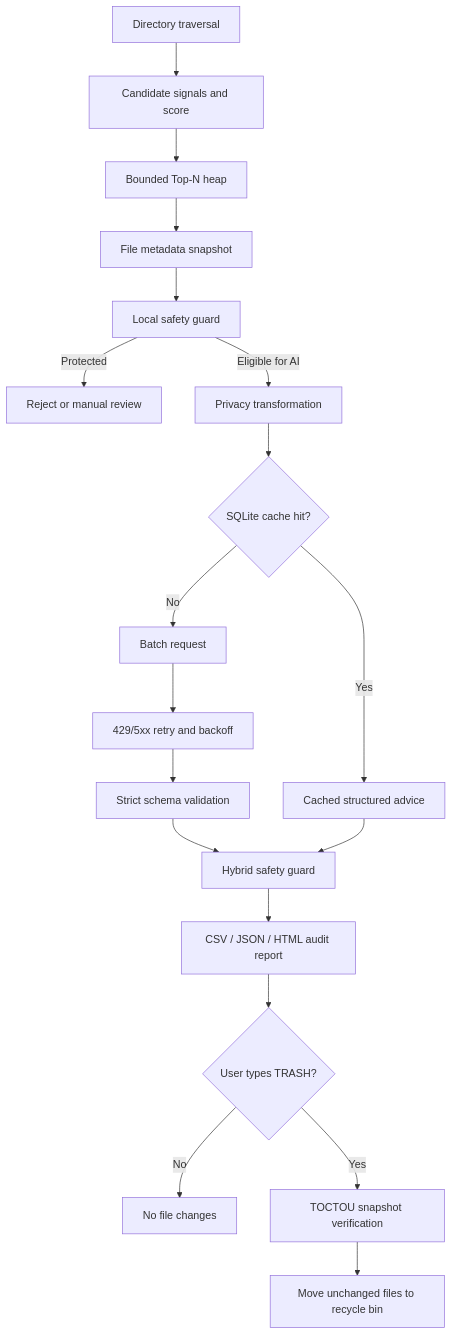
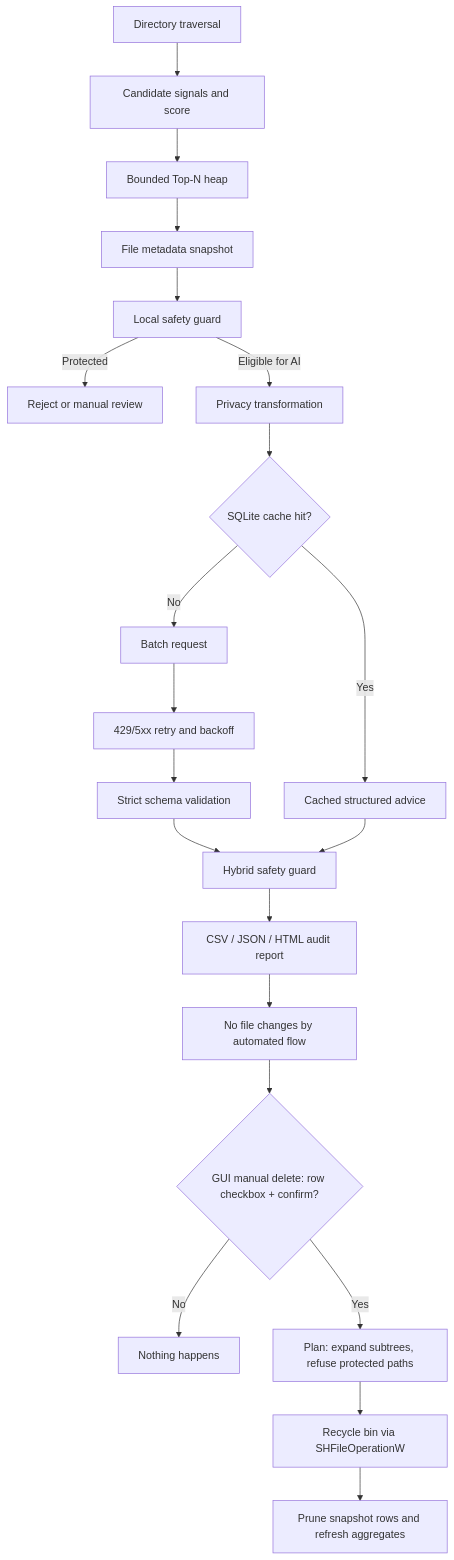
Before and after one commit to Aiymsore/AI-Disk-Assistant: the diagram in docs/architecture.md, drawn with Mermaid. The commit also changed other lines of this file and 20 other files, not shown here.

````diff
--- a/docs/architecture.md
+++ b/docs/architecture.md
@@ -3,21 +3,23 @@
 ```mermaid
 flowchart TD
     A[Directory traversal] --> B[Candidate signals and score]
     B --> C[Bounded Top-N heap]
     C --> D[File metadata snapshot]
     D --> E[Local safety guard]
     E -->|Protected| F[Reject or manual review]
     E -->|Eligible for AI| G[Privacy transformation]
     G --> H{SQLite cache hit?}
     H -->|Yes| I[Cached structured advice]
     H -->|No| J[Batch request]
     J --> K[429/5xx retry and backoff]
     K --> L[Strict schema validation]
     L --> M[Hybrid safety guard]
     I --> M
     M --> N[CSV / JSON / HTML audit report]
-    N --> O{User types TRASH?}
-    O -->|No| P[No file changes]
-    O -->|Yes| Q[TOCTOU snapshot verification]
-    Q --> R[Move unchanged files to recycle bin]
+    N --> O[No file changes by automated flow]
+    O --> P{GUI manual delete: row checkbox + confirm?}
+    P -->|No| Q[Nothing happens]
+    P -->|Yes| R[Plan: expand subtrees, refuse protected paths]
+    R --> S[Recycle bin via SHFileOperationW]
+    S --> T[Prune snapshot rows and refresh aggregates]
 ```
````
